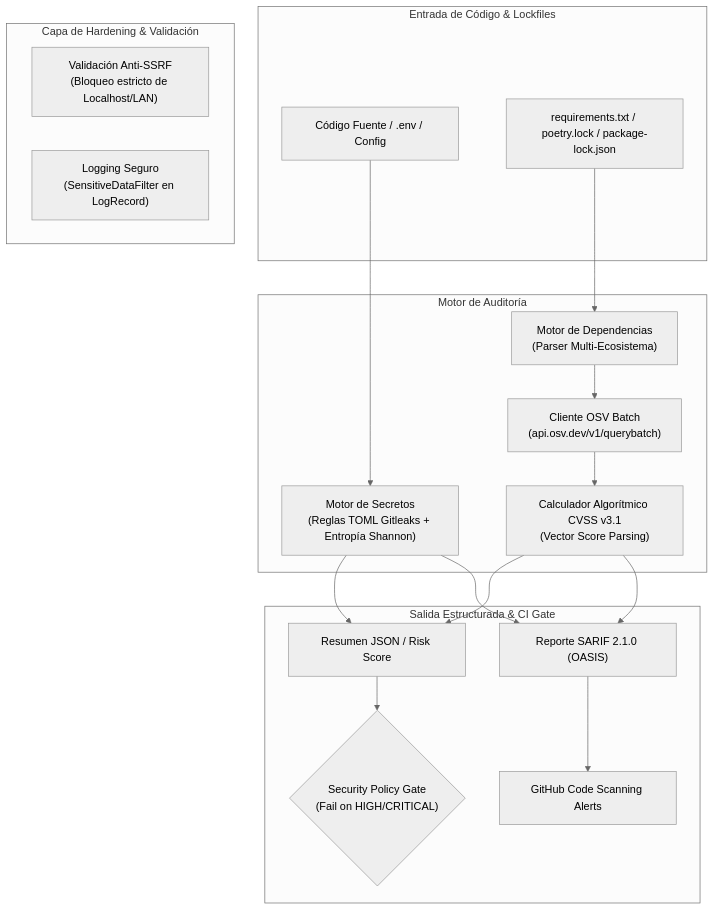
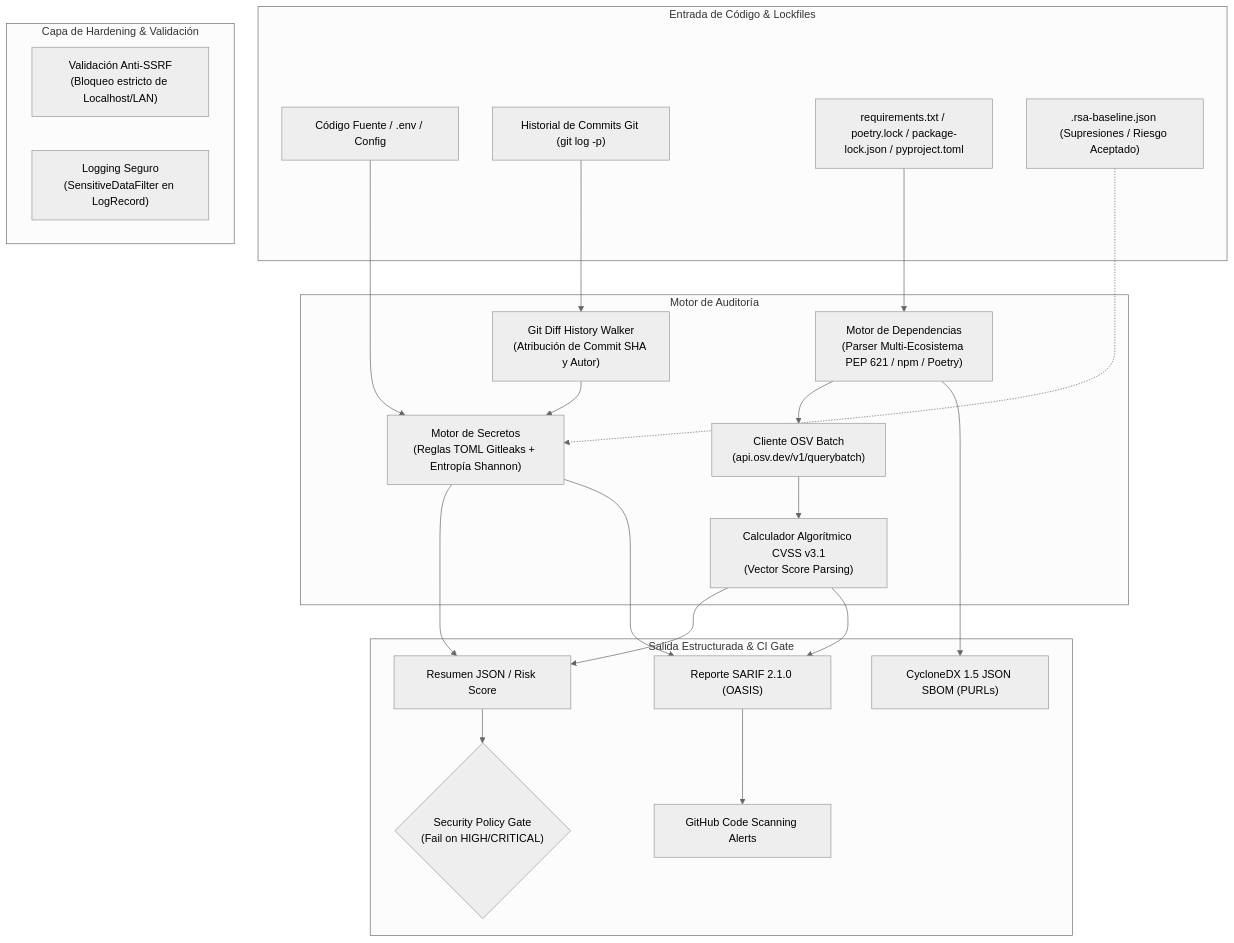
One commit to h3n-x/repo-secret-auditor changed the diagram in README.md. Above: the diagram before and after it, drawn with Mermaid (neutral theme). The commit also changed other lines of this file and 10 other files, not shown here.

First line of the commit message:
feat(engine): add git history scanning, baseline suppressions, and CycloneDX 1.5 SBOM

````diff
--- a/README.md
+++ b/README.md
@@ -16,37 +17,45 @@
 ```mermaid
 flowchart TD
     subgraph Input["Entrada de Código & Lockfiles"]
         SRC["Código Fuente / .env / Config"]
-        LOCK["requirements.txt / poetry.lock / package-lock.json"]
+        HIST["Historial de Commits Git (git log -p)"]
+        LOCK["requirements.txt / poetry.lock / package-lock.json / pyproject.toml"]
+        BASE[".rsa-baseline.json (Supresiones / Riesgo Aceptado)"]
     end
 
     subgraph CoreEngine["Motor de Auditoría"]
         SEC["Motor de Secretos<br/>(Reglas TOML Gitleaks + Entropía Shannon)"]
-        DEP["Motor de Dependencias<br/>(Parser Multi-Ecosistema)"]
+        GWALK["Git Diff History Walker<br/>(Atribución de Commit SHA y Autor)"]
+        DEP["Motor de Dependencias<br/>(Parser Multi-Ecosistema PEP 621 / npm / Poetry)"]
         OSV["Cliente OSV Batch<br/>(api.osv.dev/v1/querybatch)"]
         CVSS["Calculador Algorítmico CVSS v3.1<br/>(Vector Score Parsing)"]
     end
 
     subgraph SecurityShield["Capa de Hardening & Validación"]
         VAL["Validación Anti-SSRF<br/>(Bloqueo estricto de Localhost/LAN)"]
         LOG["Logging Seguro<br/>(SensitiveDataFilter en LogRecord)"]
     end
 
     subgraph Reporting["Salida Estructurada & CI Gate"]
         SARIF["Reporte SARIF 2.1.0 (OASIS)"]
+        SBOM["CycloneDX 1.5 JSON SBOM (PURLs)"]
         SUM["Resumen JSON / Risk Score"]
         GH["GitHub Code Scanning Alerts"]
         GATE{"Security Policy Gate<br/>(Fail on HIGH/CRITICAL)"}
     end
 
     SRC --> SEC
+    HIST --> GWALK
+    GWALK --> SEC
+    BASE -.-> SEC
     LOCK --> DEP
     DEP --> OSV
+    DEP --> SBOM
     OSV --> CVSS
     CVSS --> SUM
     SEC --> SUM
     SEC --> SARIF
     CVSS --> SARIF
     SARIF --> GH
     SUM --> GATE
 ```
````
